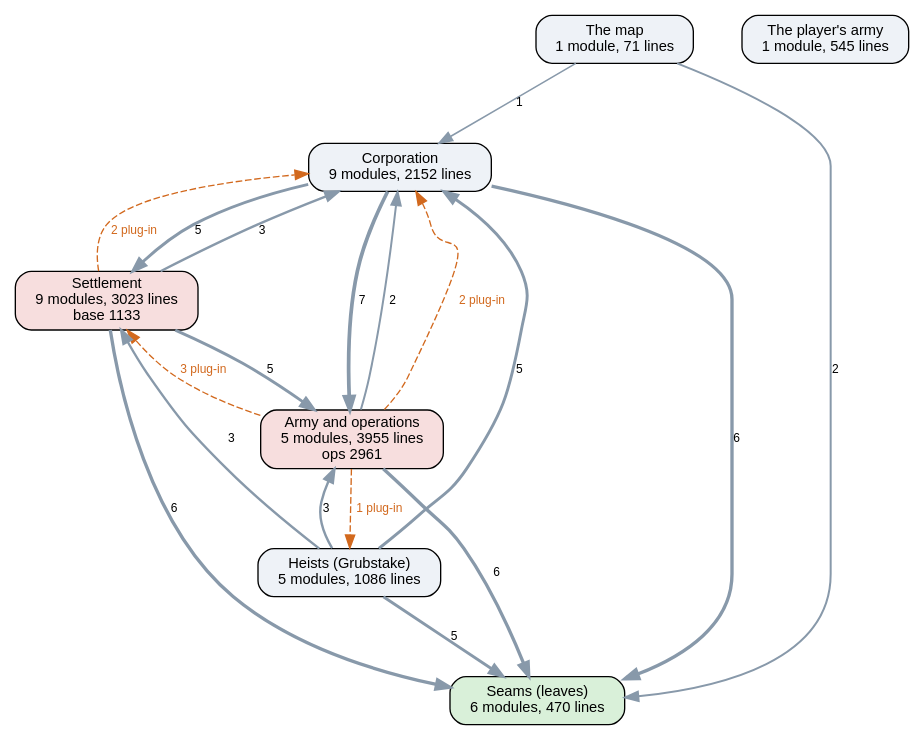
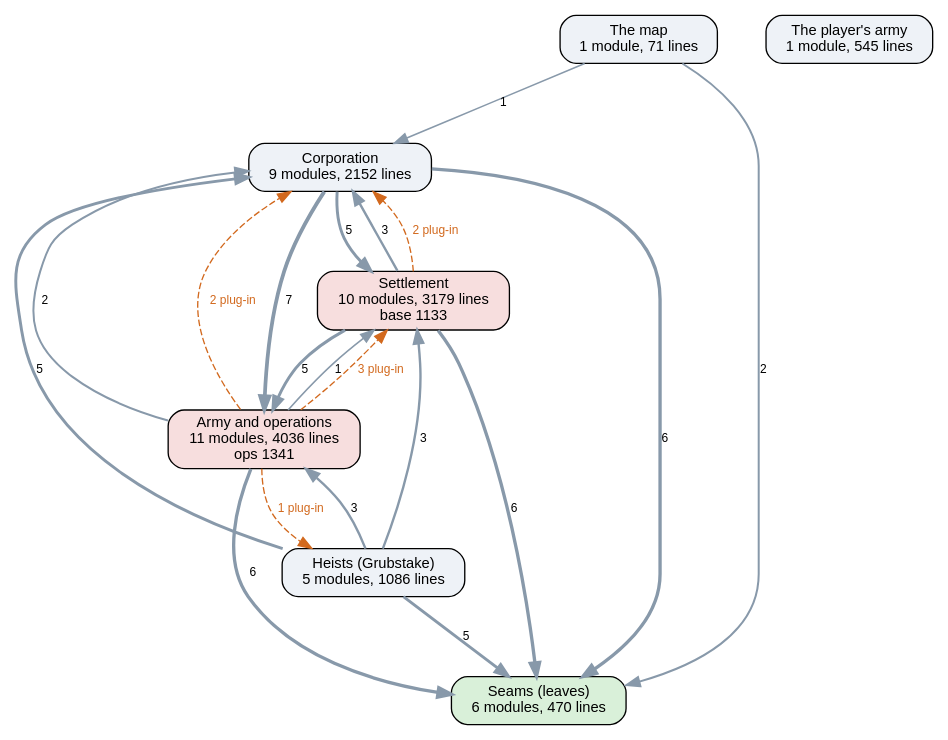
One commit to kinelhu/landing-party changed the diagram in docs/ai-layers.dot. Above: the diagram before and after it, drawn with Graphviz. The commit also changed 16 other files, not shown here.

First line of the commit message:
ops.lua split along the AI graph's seams: routing, intel, perimeter, siege, strip, answers, cuts

```diff
--- a/docs/ai-layers.dot
+++ b/docs/ai-layers.dot
@@ -1,30 +1,31 @@
 digraph layers {
   graph [rankdir=TB, fontname="Helvetica", nodesep=0.5, ranksep=0.7];
   node [shape=box, style="rounded,filled", fontname="Helvetica", fontsize=11, fillcolor="#eef2f7"];
   edge [color="#8899aa", fontname="Helvetica", fontsize=9];
   "Seams (leaves)" [label="Seams (leaves)\n6 modules, 470 lines", fillcolor="#d9f0d9"];
   "Corporation" [label="Corporation\n9 modules, 2152 lines", fillcolor="#eef2f7"];
-  "Settlement" [label="Settlement\n9 modules, 3023 lines\nbase 1133", fillcolor="#f7dede"];
-  "Army and operations" [label="Army and operations\n5 modules, 3955 lines\nops 2961", fillcolor="#f7dede"];
+  "Settlement" [label="Settlement\n10 modules, 3179 lines\nbase 1133", fillcolor="#f7dede"];
+  "Army and operations" [label="Army and operations\n11 modules, 4036 lines\nops 1341", fillcolor="#f7dede"];
   "Heists (Grubstake)" [label="Heists (Grubstake)\n5 modules, 1086 lines", fillcolor="#eef2f7"];
   "The map" [label="The map\n1 module, 71 lines", fillcolor="#eef2f7"];
   "The player's army" [label="The player's army\n1 module, 545 lines", fillcolor="#eef2f7"];
   "Army and operations" -> "Corporation" [label="2", penwidth=1.5];
   "Army and operations" -> "Seams (leaves)" [label="6", penwidth=2.5];
+  "Army and operations" -> "Settlement" [label="1", penwidth=1.2];
   "Corporation" -> "Army and operations" [label="7", penwidth=2.8];
   "Corporation" -> "Seams (leaves)" [label="6", penwidth=2.5];
   "Corporation" -> "Settlement" [label="5", penwidth=2.2];
   "Heists (Grubstake)" -> "Army and operations" [label="3", penwidth=1.8];
   "Heists (Grubstake)" -> "Corporation" [label="5", penwidth=2.2];
   "Heists (Grubstake)" -> "Seams (leaves)" [label="5", penwidth=2.2];
   "Heists (Grubstake)" -> "Settlement" [label="3", penwidth=1.8];
   "Settlement" -> "Army and operations" [label="5", penwidth=2.2];
   "Settlement" -> "Corporation" [label="3", penwidth=1.8];
   "Settlement" -> "Seams (leaves)" [label="6", penwidth=2.5];
   "The map" -> "Corporation" [label="1", penwidth=1.2];
   "The map" -> "Seams (leaves)" [label="2", penwidth=1.5];
   "Army and operations" -> "Corporation" [style=dashed, color="#d2691e", fontcolor="#d2691e", label="2 plug-in"];
   "Army and operations" -> "Heists (Grubstake)" [style=dashed, color="#d2691e", fontcolor="#d2691e", label="1 plug-in"];
   "Army and operations" -> "Settlement" [style=dashed, color="#d2691e", fontcolor="#d2691e", label="3 plug-in"];
   "Settlement" -> "Corporation" [style=dashed, color="#d2691e", fontcolor="#d2691e", label="2 plug-in"];
 }
```
